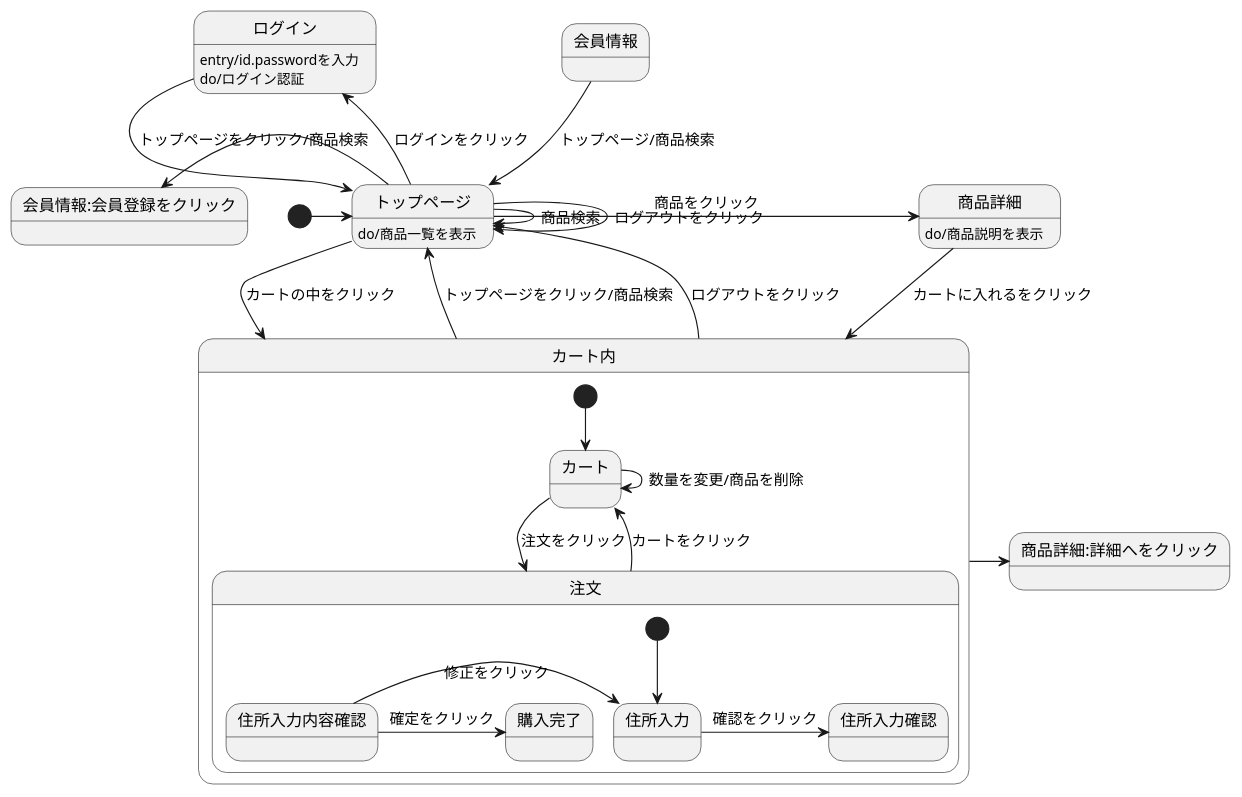
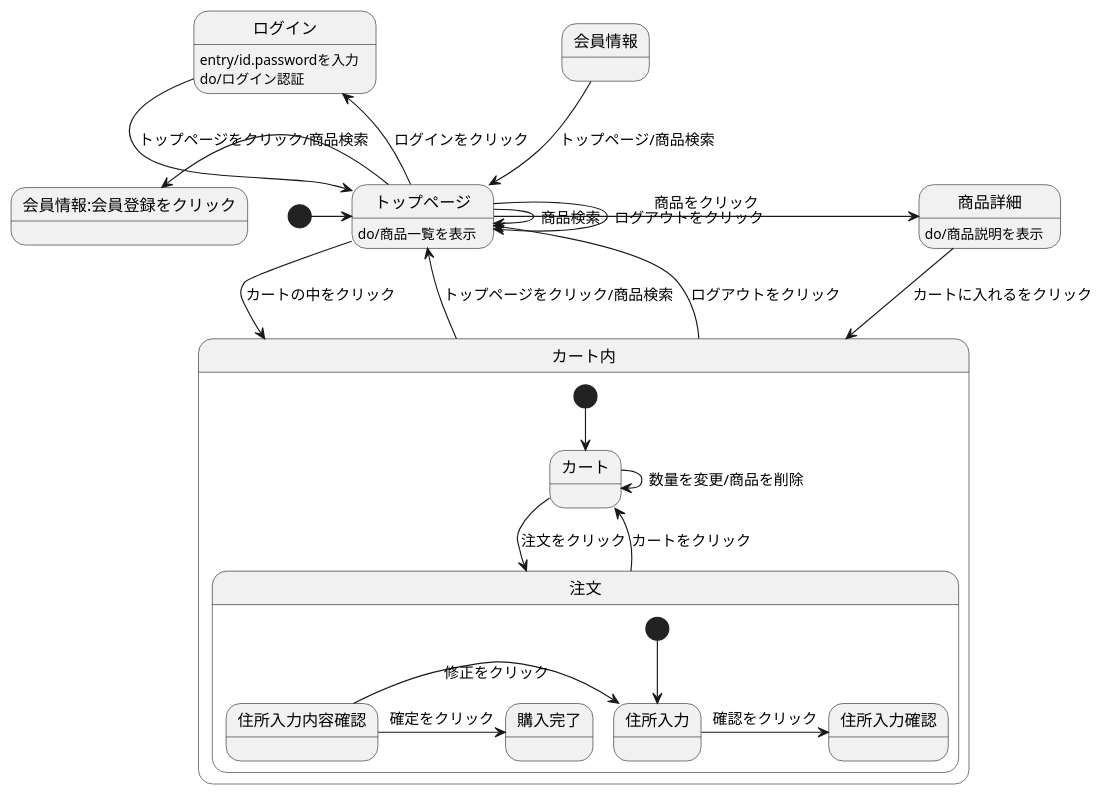
One commit to Aso2001183/2021sys-design changed the diagram in cupman.md. Above: the diagram before and after it, drawn with PlantUML.

````diff
--- a/cupman.md
+++ b/cupman.md
@@ -1,34 +1,33 @@
 ```uml
 @startuml
 [*] -> トップページ
 会員情報 --> トップページ : トップページ/商品検索
 ログイン --> トップページ : トップページをクリック/商品検索
 ログイン : entry/id.passwordを入力 
 ログイン : do/ログイン認証
 トップページ --> トップページ :ログアウトをクリック
 トップページ -> トップページ :商品検索
 トップページ -> 商品詳細 :商品をクリック
 トップページ -left-> 会員情報:会員登録をクリック 
 トップページ -left-> ログイン :ログインをクリック
 トップページ --> カート内 : カートの中をクリック
 トップページ :do/商品一覧を表示
 商品詳細 --> カート内: カートに入れるをクリック
 商品詳細 :do/商品説明を表示
 カート内 -up-> トップページ: トップページをクリック/商品検索
 カート内 -up-> トップページ: ログアウトをクリック
-カート内 -> 商品詳細:詳細へをクリック
 
 state カート内{
 [*] --> カート
 カート -> 注文 : 注文をクリック
 カート -> カート : 数量を変更/商品を削除
 注文 --> カート : カートをクリック
 state 注文{
 [*] --> 住所入力
 住所入力 -> 住所入力確認 : 確認をクリック
 住所入力内容確認 -> 住所入力 : 修正をクリック
 住所入力内容確認 -> 購入完了 : 確定をクリック
     }
 }
 @enduml
 ```
````
